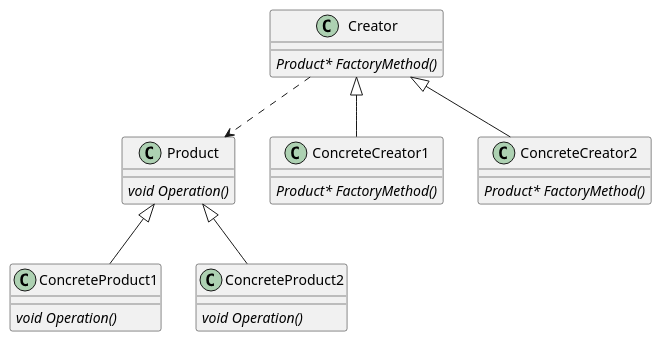
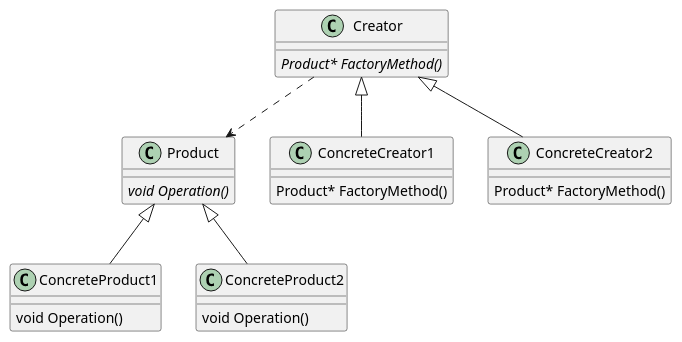
One commit to FeiWang1119/examples changed the diagram in docs/Design-Pattern/FactoryMethod.md. Above: the diagram before and after it, drawn with PlantUML. The commit also changed other lines of this file and 1 other file, not shown here.

Commit message:
AbstractFactory

```diff
--- a/docs/Design-Pattern/FactoryMethod.md
+++ b/docs/Design-Pattern/FactoryMethod.md
@@ -7,26 +7,27 @@
 @startuml
+
 class Product {
 {abstract} void Operation()
 }
 class ConcreteProduct1 {
-{abstract} void Operation()
+void Operation()
 }
 class ConcreteProduct2 {
-{abstract} void Operation()
+void Operation()
 }
 class Creator {
 {abstract} Product* FactoryMethod()
 }
 class ConcreteCreator1 {
-{abstract} Product* FactoryMethod()
+Product* FactoryMethod()
 }
 class ConcreteCreator2 {
-{abstract} Product* FactoryMethod()
+Product* FactoryMethod()
 }
 Product <|-- ConcreteProduct1
 Product <|-- ConcreteProduct2
 Creator <|-- ConcreteCreator1
 Creator <|-- ConcreteCreator2
 Creator ..> Product
 
 @enduml
```
